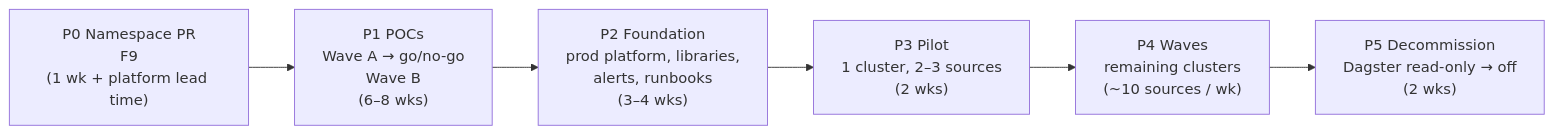
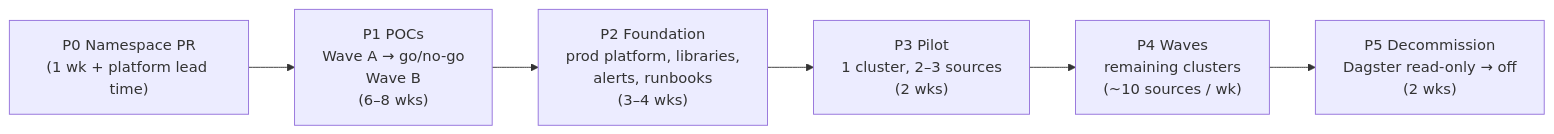
Before and after one commit to infroid/temporal-vs-dagster: the first of 3 diagrams in migration/05-migration-plan.md, drawn with Mermaid. The commit also changed other lines of this file and 5 other files, not shown here.

````diff
--- a/migration/05-migration-plan.md
+++ b/migration/05-migration-plan.md
@@ -12,8 +12,8 @@
 ```mermaid
 flowchart LR
-  P0["P0 Namespace PR<br/>F9<br/>(1 wk + platform lead time)"] --> P1["P1 POCs<br/>Wave A → go/no-go<br/>Wave B<br/>(6–8 wks)"]
+  P0["P0 Namespace PR<br/>(1 wk + platform lead time)"] --> P1["P1 POCs<br/>Wave A → go/no-go<br/>Wave B<br/>(6–8 wks)"]
   P1 --> P2["P2 Foundation<br/>prod platform, libraries,<br/>alerts, runbooks<br/>(3–4 wks)"]
   P2 --> P3["P3 Pilot<br/>1 cluster, 2–3 sources<br/>(2 wks)"]
   P3 --> P4["P4 Waves<br/>remaining clusters<br/>(~10 sources / wk)"]
   P4 --> P5["P5 Decommission<br/>Dagster read-only → off<br/>(2 wks)"]
 ```
````
